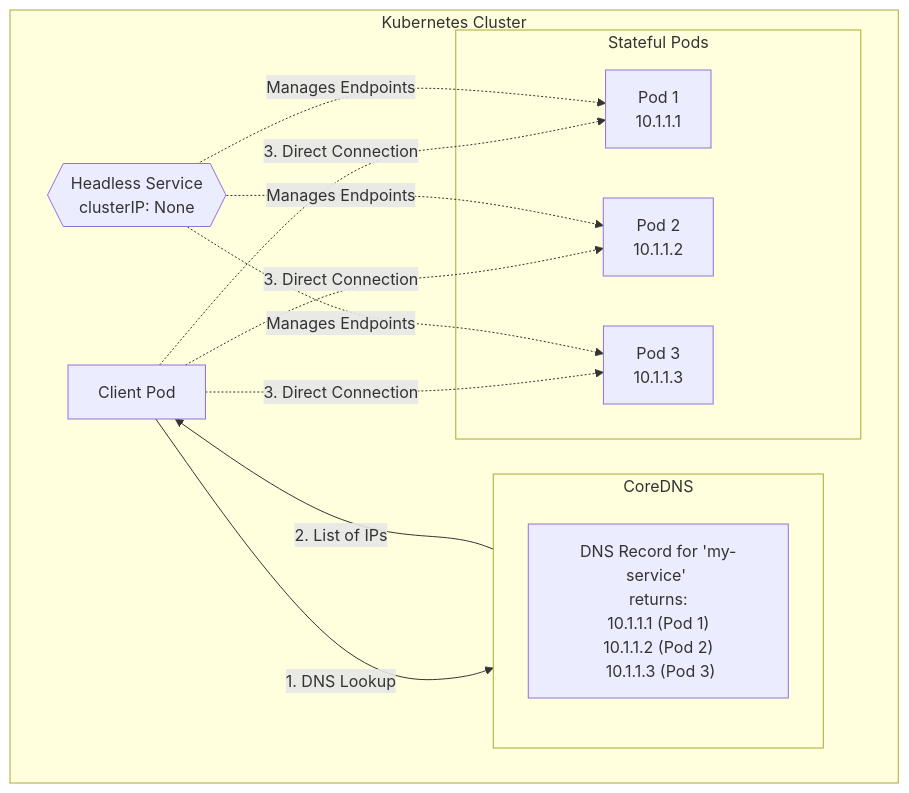
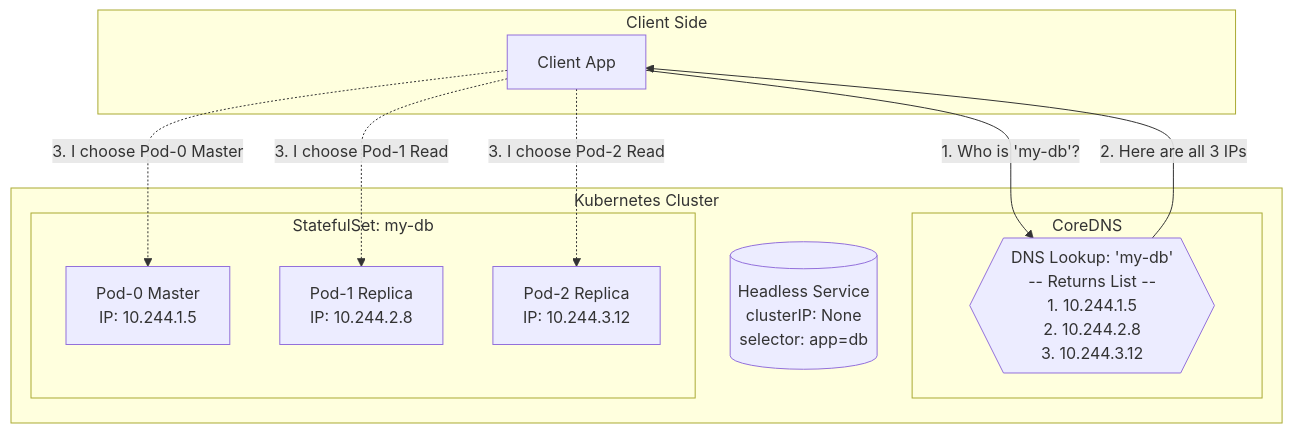
One commit to Aravind-devops-1/devops_ganesh changed the eighth of 9 diagrams in 04-networking/04.01-Networking_Intro.md. Above: the diagram before and after it, drawn with Mermaid. The commit also changed other lines of this file, not shown here.

````diff
--- a/04-networking/04.01-Networking_Intro.md
+++ b/04-networking/04.01-Networking_Intro.md
@@ -352,31 +375,35 @@
 ```mermaid
 graph TD
-    subgraph Cluster [Kubernetes Cluster]
-        C[Client Pod]
+    subgraph ClientLayer [Client Side]
+        Client[Client App]
+    end
+
+    subgraph K8sCluster [Kubernetes Cluster]
         
-        subgraph DNS [CoreDNS]
-            A["DNS Record for 'my-service' <br/> returns: <br/> 10.1.1.1 (Pod 1) <br/> 10.1.1.2 (Pod 2) <br/> 10.1.1.3 (Pod 3)"]
+        %% The DNS Component
+        subgraph DNSLayer [CoreDNS]
+            DNSRecords{{"DNS Lookup: 'my-db'<br/>-- Returns List --<br/>1. 10.244.1.5<br/>2. 10.244.2.8<br/>3. 10.244.3.12"}}
         end
 
-        S{{Headless Service <br/> clusterIP: None}}
+        %% The Service Definition
+        Service[("Headless Service<br/>clusterIP: None<br/>selector: app=db")]
 
-        subgraph Backend [Stateful Pods]
-            P1["Pod 1 <br/> 10.1.1.1"]
-            P2["Pod 2 <br/> 10.1.1.2"]
-            P3["Pod 3 <br/> 10.1.1.3"]
+        %% The Pods (Stateful Identity)
+        subgraph StatefulBackend [StatefulSet: my-db]
+            P1[Pod-0 Master <br/>IP: 10.244.1.5]
+            P2[Pod-1 Replica <br/>IP: 10.244.2.8]
+            P3[Pod-2 Replica <br/>IP: 10.244.3.12]
         end
     end
 
-    %% Process Flow
-    C -- "1. DNS Lookup" --> DNS
-    DNS -- "2. List of IPs" --> C
+    %% 1. The Lookup
+    Client -- "1. Who is 'my-db'?" --> DNSRecords
+
+    %% 2. The Decision
+    DNSRecords -- "2. Here are all 3 IPs" --> Client
     
-    %% Direct Connections
-    C -. "3. Direct Connection" .-> P1
-    C -. "3. Direct Connection" .-> P2
-    C -. "3. Direct Connection" .-> P3
-
-    %% Logical Association
-    S -. "Manages Endpoints" .-> P1 & P2 & P3
-
+    %% 3. The Connection (Client Logic)
+    Client -.->|"3. I choose Pod-0 Master"| P1
+    Client -.->|"3. I choose Pod-1 Read"| P2
+    Client -.->|"3. I choose Pod-2 Read"| P3
 ```
````
